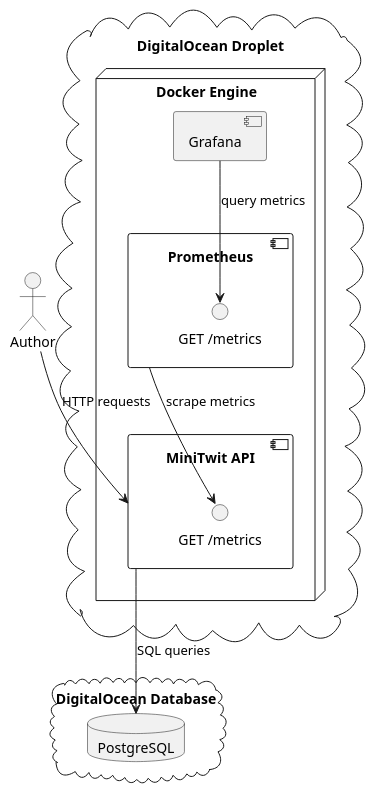
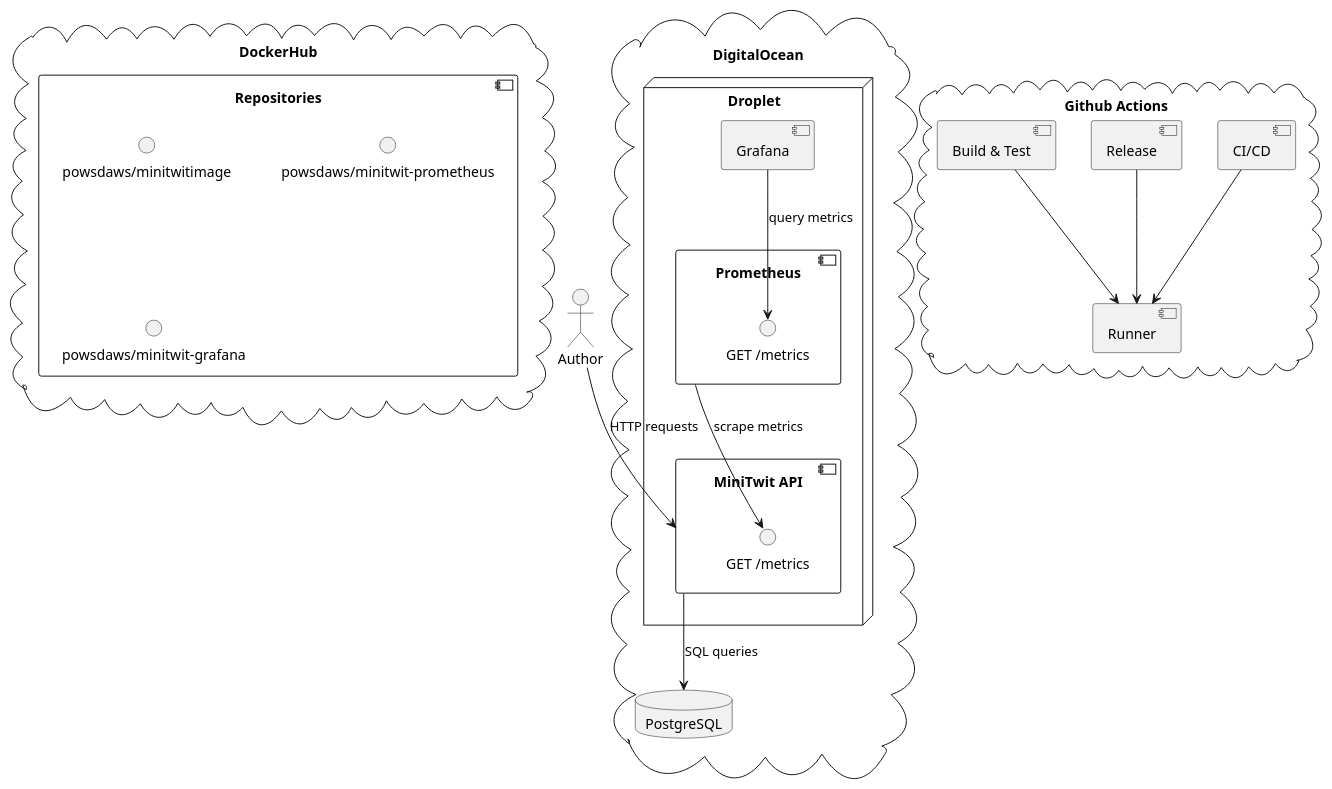
One commit to DevBobs-devops/Devbobs_MiniTwit changed the diagram in docs/subsystem.puml. Above: the diagram before and after it, drawn with PlantUML. The commit also changed other lines of this file, not shown here.

Commit message:
feat: update UML component diagram with Dockerhub and Github Actions

```diff
--- a/docs/subsystem.puml
+++ b/docs/subsystem.puml
@@ -1,30 +1,51 @@
 @startuml
 
-cloud "DigitalOcean Droplet" {
-  node "Docker Engine" {
+cloud "DigitalOcean" {
+  node "Droplet" {
 
     component "MiniTwit API" as minitwit {
-      interface "GET /metrics" as mt_metrics
+      interface "GET /metrics" as minitwit_metrics
     }
 
     component "Prometheus" as prometheus {
       interface "GET /metrics" as prom_api
     }
 
     component "Grafana" as grafana
   }
+  
+  database "PostgreSQL" as db
 }
 
-cloud "DigitalOcean Database" {
-  database "PostgreSQL" as db
+
+cloud "DockerHub" {
+  component "Repositories" {
+      interface "powsdaws/minitwitimage" as mt_repo
+      interface "powsdaws/minitwit-prometheus" as prom_repo
+      interface "powsdaws/minitwit-grafana" as grafana_repo
+  }
+  
+}
+
+cloud "Github Actions" {
+    [CI/CD]
+    [Release]
+    [Build & Test]
+    [Runner]
 }
 
 actor Author
 
 Author --> minitwit : HTTP requests
 minitwit --> db : SQL queries
 
-prometheus --> mt_metrics : scrape metrics
+prometheus --> minitwit_metrics : scrape metrics
 grafana --> prom_api : query metrics
 
+[CI/CD] --> [Runner]
+[Release] --> [Runner]
+[Build & Test] --> [Runner]
+
+
+
 @enduml
```
